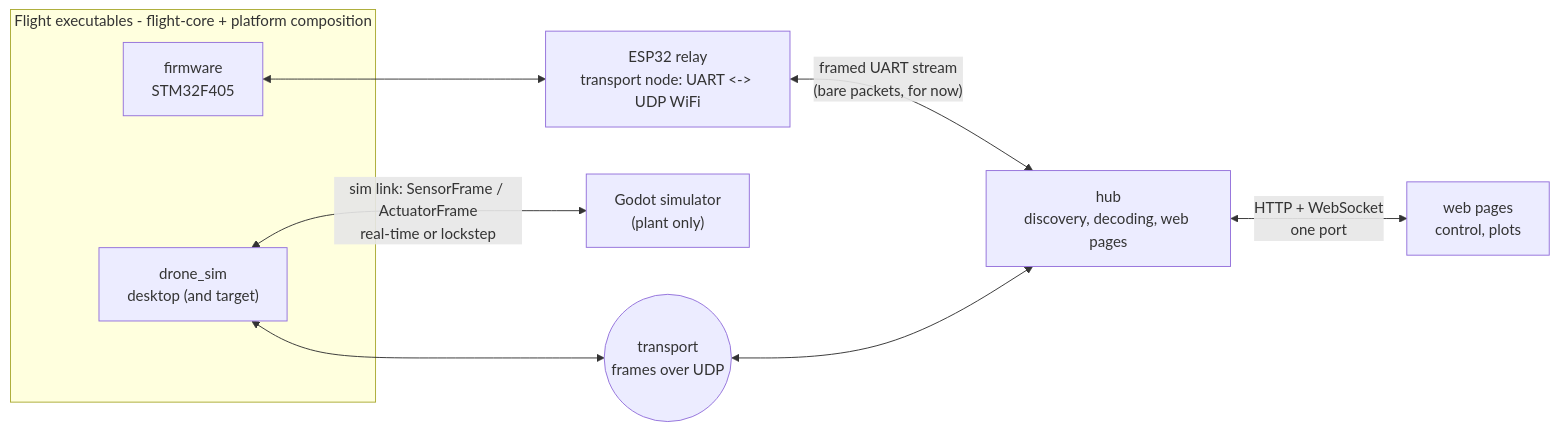
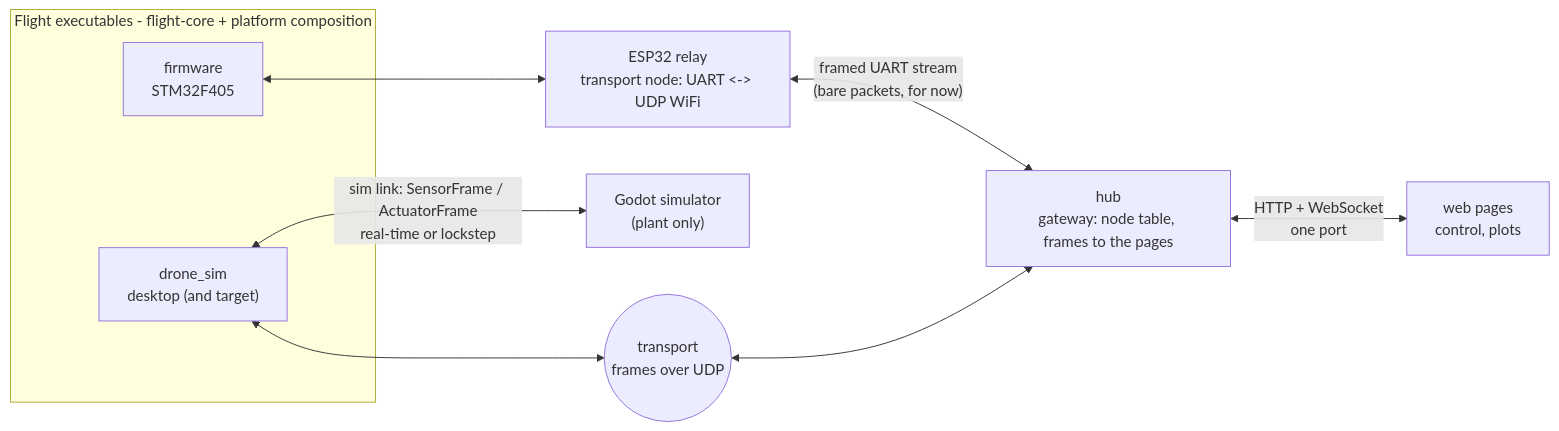
One commit to Keyrim/drone-mark4 changed the first of 2 diagrams in docs/architecture.md. Above: the diagram before and after it, drawn with Mermaid. The commit also changed other lines of this file and 6 other files, not shown here.

Commit message:
docs: the hub is a gateway, the pages speak gateway.proto, never JSON

````diff
--- a/docs/architecture.md
+++ b/docs/architecture.md
@@ -9,20 +9,20 @@
 ```mermaid
 flowchart LR
     subgraph flight["Flight executables - flight-core + platform composition"]
         FW["firmware<br/>STM32F405"]
         DS["drone_sim<br/>desktop (and target)"]
     end
 
     ESP["ESP32 relay<br/>transport node: UART <-> UDP WiFi"]
     GODOT["Godot simulator<br/>(plant only)"]
-    HUB["hub<br/>discovery, decoding, web pages"]
+    HUB["hub<br/>gateway: node table, frames to the pages"]
     PAGES["web pages<br/>control, plots"]
     BUS(("transport<br/>frames over UDP"))
 
     FW <--> ESP
     DS <-->|"sim link: SensorFrame / ActuatorFrame<br/>real-time or lockstep"| GODOT
     ESP <-->|"framed UART stream<br/>(bare packets, for now)"| HUB
     DS <--> BUS
     BUS <--> HUB
     HUB <-->|"HTTP + WebSocket<br/>one port"| PAGES
 ```
````
